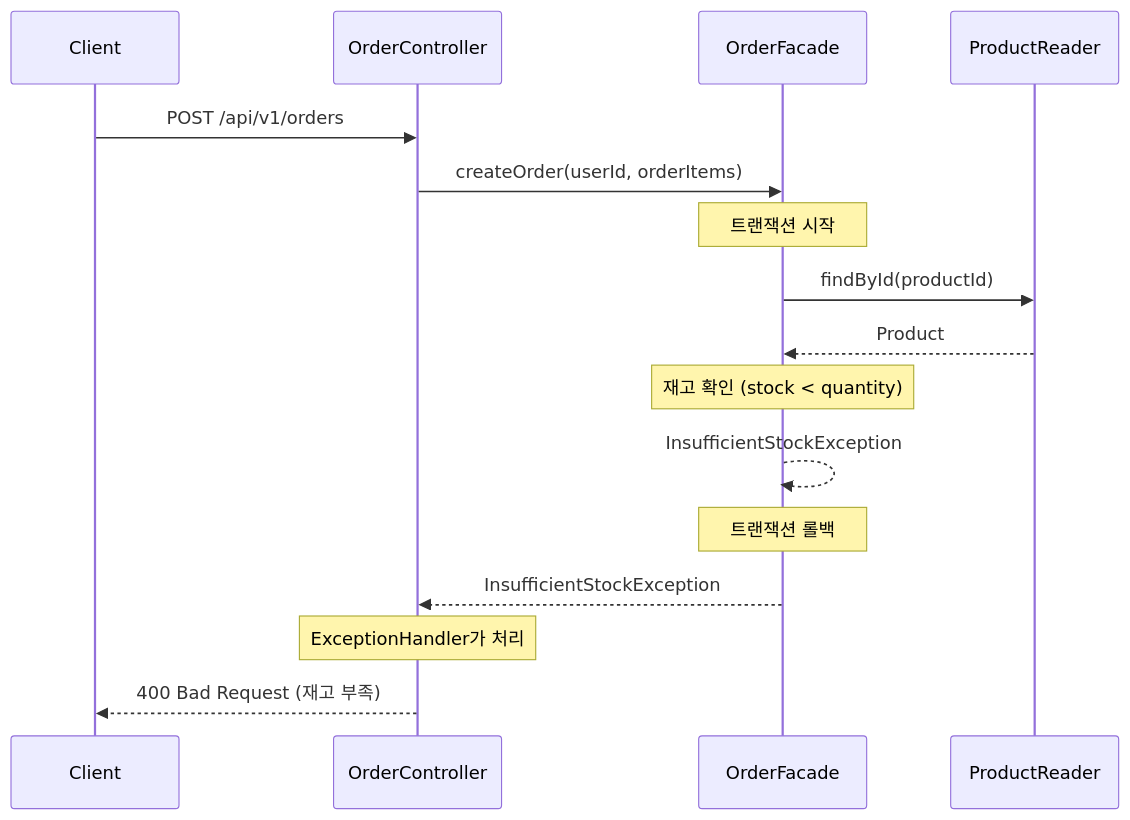
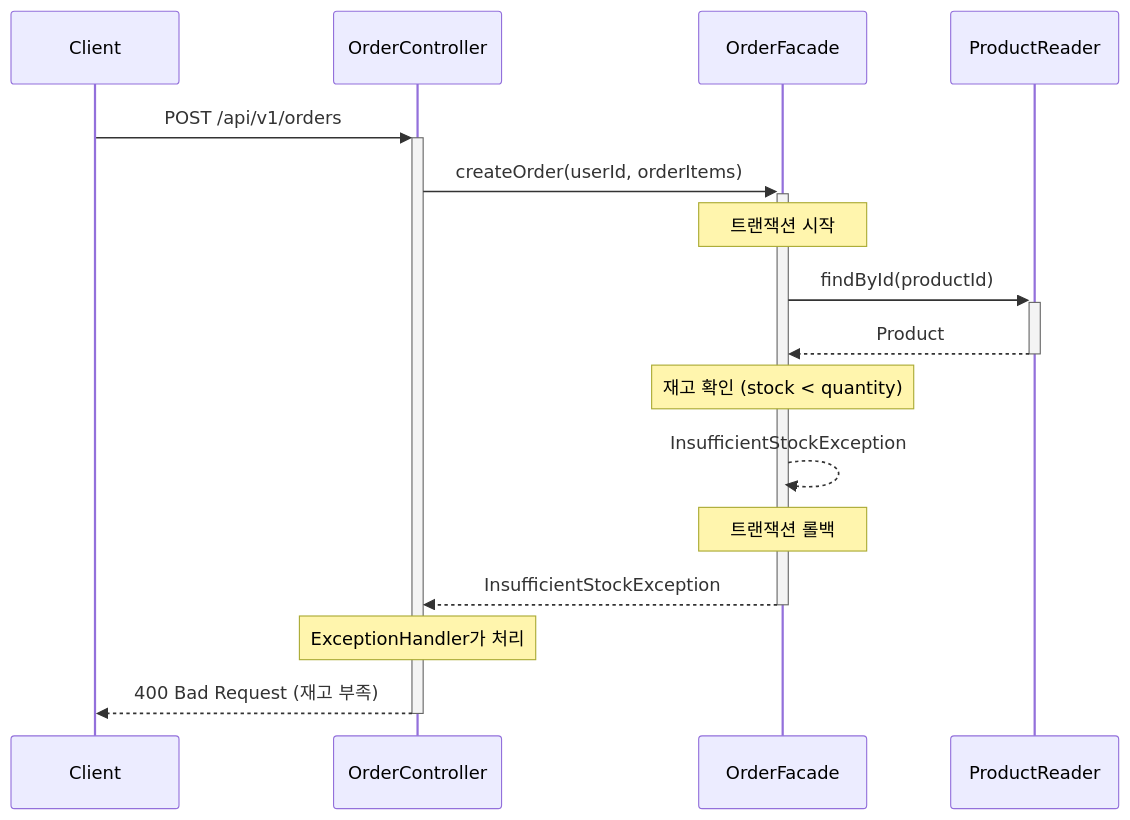
Before and after one commit to Loopers-dev-lab/loopers-spring-java-template: diagram 12 of 16 in docs/week2/02-sequence-diagrams.md, drawn with Mermaid. The commit also changed other lines of this file, not shown here.

Commit message:
docs: 시퀀스 다이어그램 activation bar 추가

````diff
--- a/docs/week2/02-sequence-diagrams.md
+++ b/docs/week2/02-sequence-diagrams.md
@@ -525,25 +529,25 @@
 ```mermaid
 sequenceDiagram
     participant Client
     participant OrderController
     participant OrderFacade
     participant ProductReader
 
-    Client->>OrderController: POST /api/v1/orders
+    Client->>+OrderController: POST /api/v1/orders
 
-    OrderController->>OrderFacade: createOrder(userId, orderItems)
+    OrderController->>+OrderFacade: createOrder(userId, orderItems)
 
     Note over OrderFacade: 트랜잭션 시작
 
-    OrderFacade->>ProductReader: findById(productId)
-    ProductReader-->>OrderFacade: Product
+    OrderFacade->>+ProductReader: findById(productId)
+    ProductReader-->>-OrderFacade: Product
 
     Note over OrderFacade: 재고 확인 (stock < quantity)
     OrderFacade-->>OrderFacade: InsufficientStockException
 
     Note over OrderFacade: 트랜잭션 롤백
 
-    OrderFacade-->>OrderController: InsufficientStockException
+    OrderFacade-->>-OrderController: InsufficientStockException
     Note over OrderController: ExceptionHandler가 처리
-    OrderController-->>Client: 400 Bad Request (재고 부족)
+    OrderController-->>-Client: 400 Bad Request (재고 부족)
 ```
````
